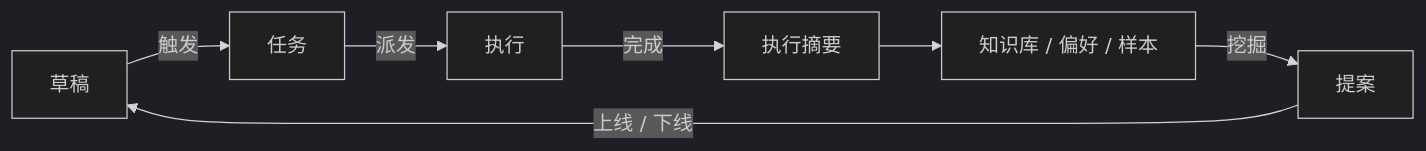
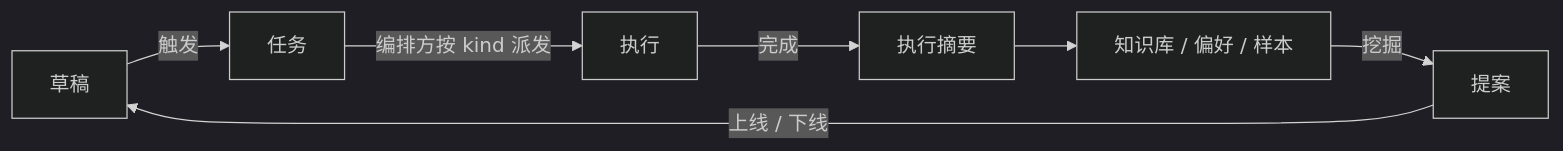
Before and after one commit to ShizkMoon/ai-collab-assistant: the diagram in docs/architecture-north-star.md, drawn with Mermaid (dark theme). The commit also changed other lines of this file and 47 other files, not shown here.

````diff
--- a/docs/architecture-north-star.md
+++ b/docs/architecture-north-star.md
@@ -21,9 +31,9 @@
 ```mermaid
 flowchart LR
   D[草稿] -->|触发| T[任务]
-  T -->|派发| X[执行]
+  T -->|编排方按 kind 派发| X[执行]
   X -->|完成| S[执行摘要]
   S --> K[知识库 / 偏好 / 样本]
   K -->|挖掘| P[提案]
   P -->|上线 / 下线| D
 ```
````
